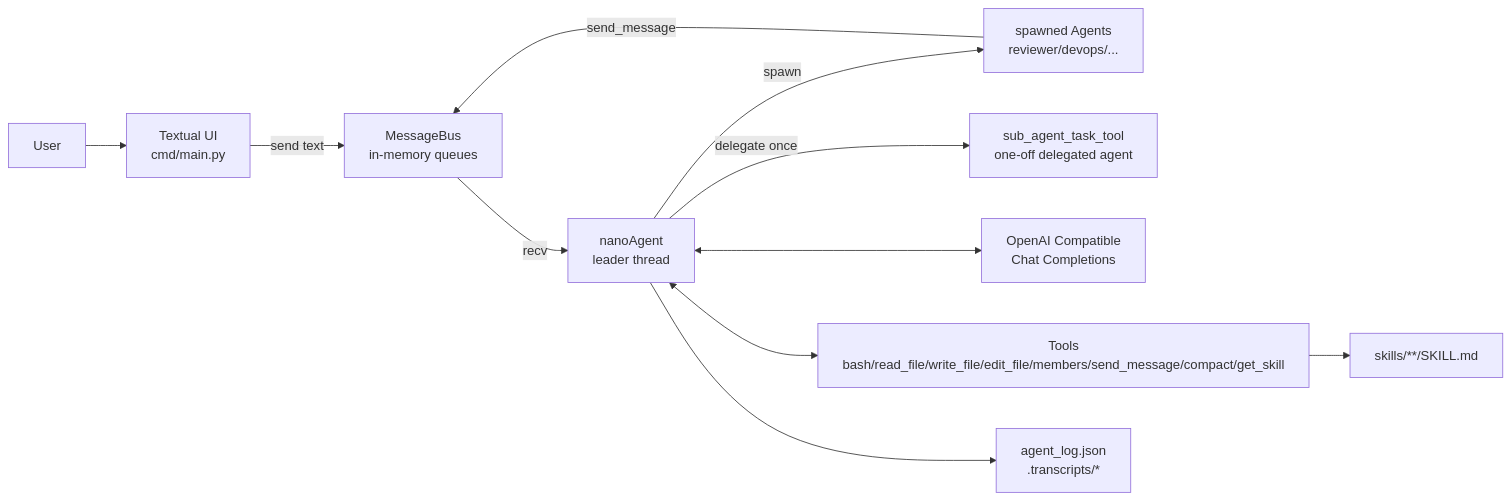
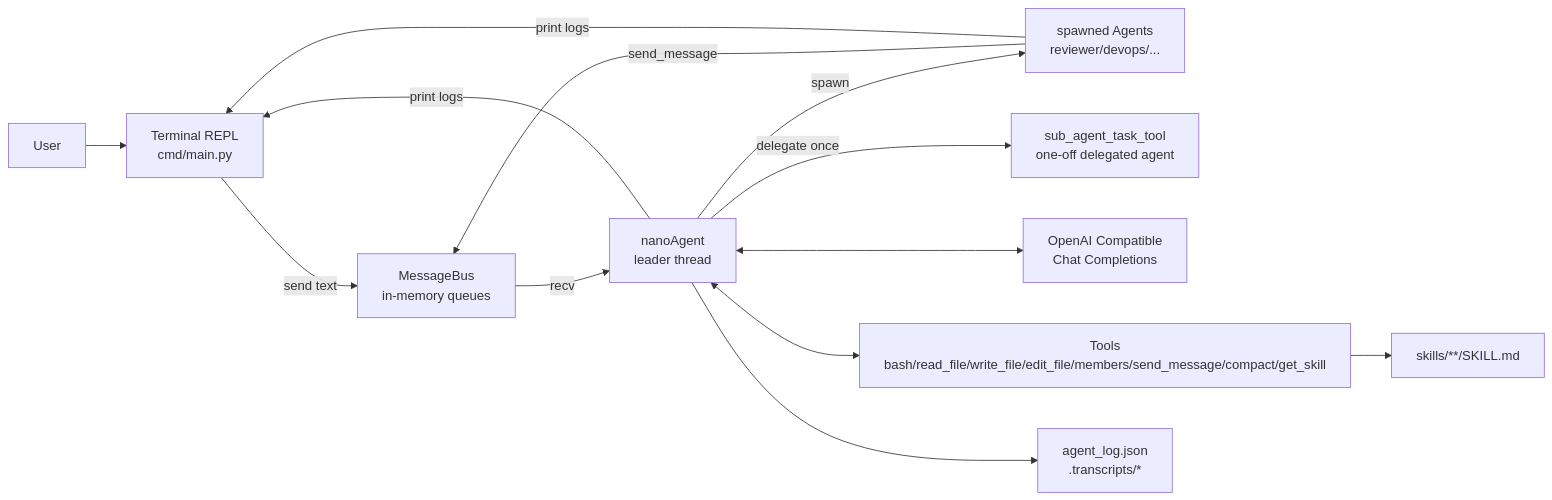
The diagram in README.md (nova-liu/nanoAgent), drawn with Mermaid before and after one commit. The commit also changed other lines of this file and 9 other files, not shown here.

````diff
--- a/README.md
+++ b/README.md
@@ -60,24 +60,26 @@
 ```mermaid
 flowchart LR
     U[User]
-    UI[Textual UI\ncmd/main.py]
+    CLI[Terminal REPL\ncmd/main.py]
     N[nanoAgent\nleader thread]
     MB[MessageBus\nin-memory queues]
     SP[spawned Agents\nreviewer/devops/...]
     D[sub_agent_task_tool\none-off delegated agent]
     LLM[OpenAI Compatible\nChat Completions]
     TOOLS[Tools\nbash/read_file/write_file/edit_file/members/send_message/compact/get_skill]
     LOG[agent_log.json\n.transcripts/*]
     SK[skills/**/SKILL.md]
 
-    U --> UI
-    UI -->|send text| MB
+    U --> CLI
+    CLI -->|send text| MB
     MB -->|recv| N
     N <--> LLM
     N <--> TOOLS
     TOOLS --> SK
     N -->|spawn| SP
     N -->|delegate once| D
     SP -->|send_message| MB
+    N -->|print logs| CLI
+    SP -->|print logs| CLI
     N --> LOG
 ```
````
